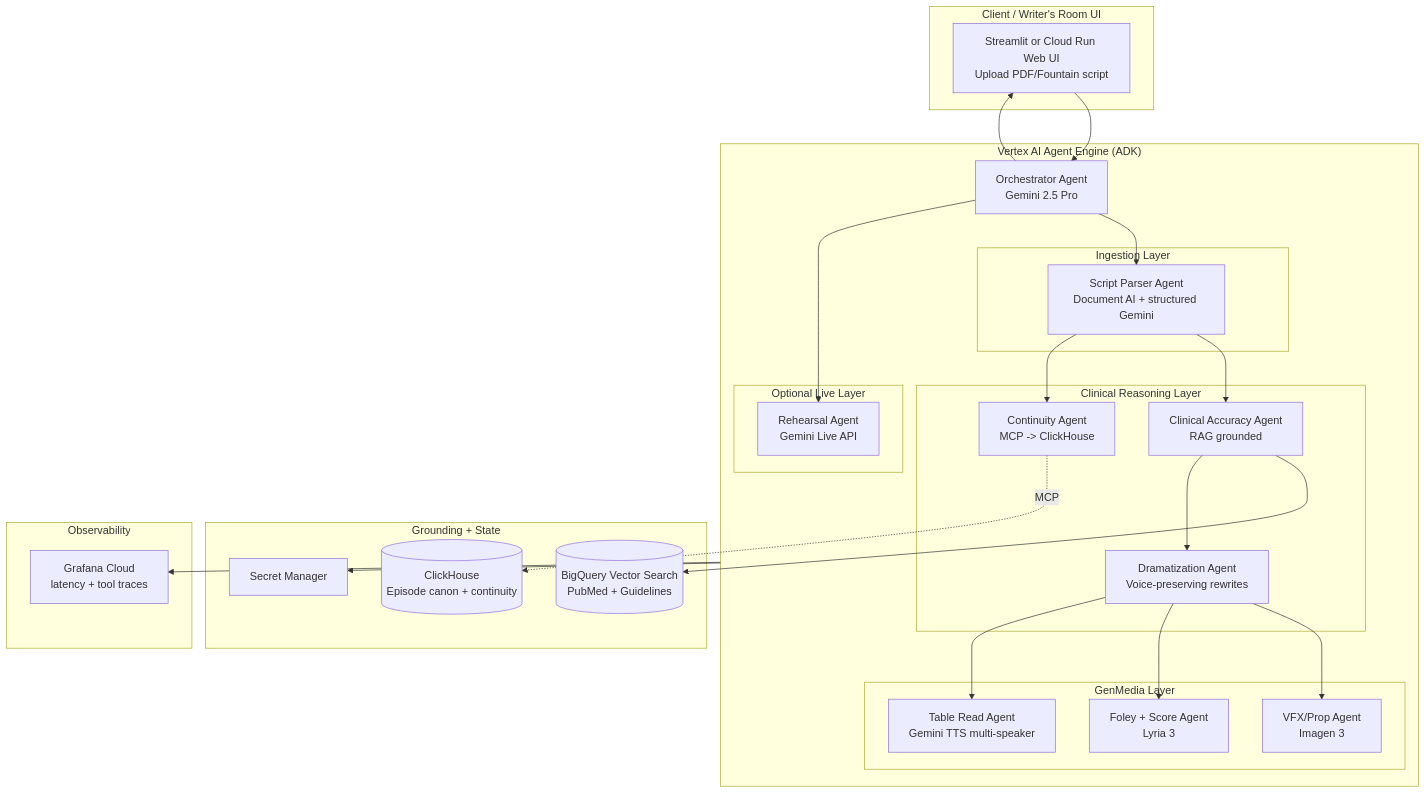
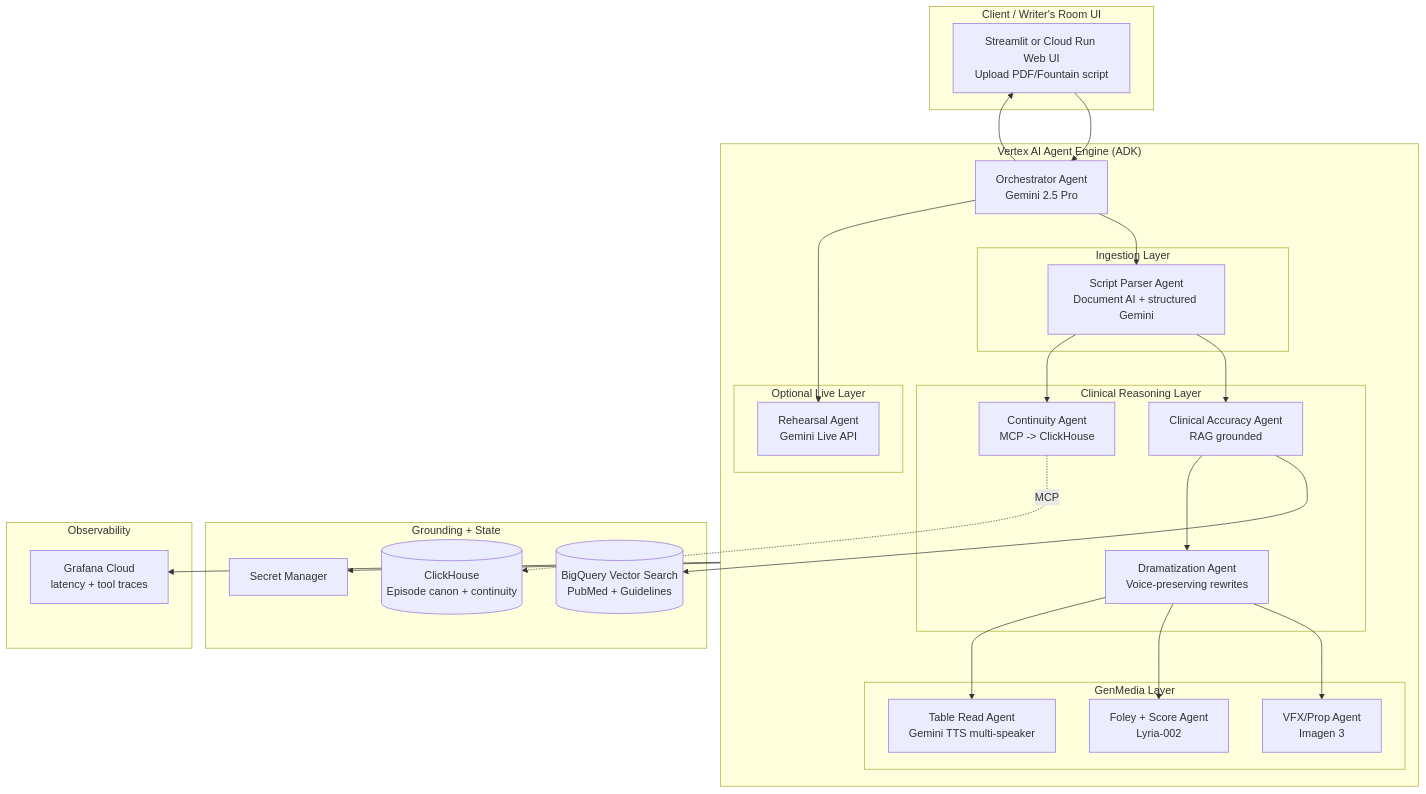
Before and after one commit to DrAhmed7887/scenemedic: the diagram in docs/STRATEGY.md, drawn with Mermaid. The commit also changed other lines of this file and 6 other files, not shown here.

````diff
--- a/docs/STRATEGY.md
+++ b/docs/STRATEGY.md
@@ -117,55 +117,55 @@
 ```mermaid
 flowchart TB
     subgraph Client["Client / Writer's Room UI"]
         UI[Streamlit or Cloud Run Web UI<br/>Upload PDF/Fountain script]
     end
 
     subgraph AgentEngine["Vertex AI Agent Engine (ADK)"]
         ORCH[Orchestrator Agent<br/>Gemini 2.5 Pro]
 
         subgraph Parsers["Ingestion Layer"]
             PARSE[Script Parser Agent<br/>Document AI + structured Gemini]
         end
 
         subgraph Domain["Clinical Reasoning Layer"]
             CLIN[Clinical Accuracy Agent<br/>RAG grounded]
             CONT[Continuity Agent<br/>MCP -> ClickHouse]
             DRAM[Dramatization Agent<br/>Voice-preserving rewrites]
         end
 
         subgraph Media["GenMedia Layer"]
             VFX[VFX/Prop Agent<br/>Imagen 3]
-            SND[Foley + Score Agent<br/>Lyria 3]
+            SND[Foley + Score Agent<br/>Lyria-002]
             TTS[Table Read Agent<br/>Gemini TTS multi-speaker]
         end
 
         subgraph Live["Optional Live Layer"]
             LIVE[Rehearsal Agent<br/>Gemini Live API]
         end
     end
 
     subgraph Data["Grounding + State"]
         BQ[(BigQuery Vector Search<br/>PubMed + Guidelines)]
         CH[(ClickHouse<br/>Episode canon + continuity)]
         SM[Secret Manager]
     end
 
     subgraph Ops["Observability"]
         GRAF[Grafana Cloud<br/>latency + tool traces]
     end
 
     UI --> ORCH
     ORCH --> PARSE
     PARSE --> CLIN
     PARSE --> CONT
     CLIN --> BQ
     CONT -.MCP.-> CH
     CLIN --> DRAM
     DRAM --> VFX
     DRAM --> SND
     DRAM --> TTS
     ORCH --> LIVE
     AgentEngine --> GRAF
     AgentEngine --> SM
     ORCH --> UI
 ```
````
